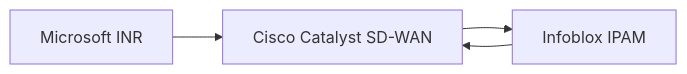
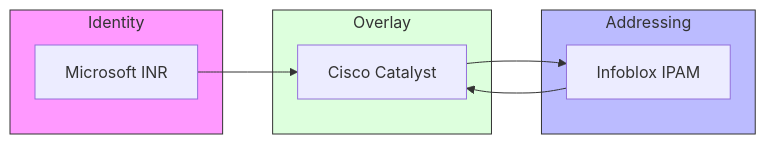
One commit to WhalerMike/uiao changed the second of 12 diagrams in diagram-review.md. Above: the diagram before and after it, drawn with Mermaid.

Commit message:
Stress test Diagram 2: add subgraphs and style lines
Refactor the diagram to include subgraphs for Identity, Addressing, and Overlay, enhancing clarity and organization.

````diff
--- a/diagram-review.md
+++ b/diagram-review.md
@@ -22,6 +22,18 @@
 ```mermaid
 graph LR
-    INR[Microsoft INR] --> CAT[Cisco Catalyst SD-WAN]
-    IB[Infoblox IPAM] --> CAT
+    subgraph Identity
+        INR[Microsoft INR]
+    end
+    subgraph Addressing
+        IB[Infoblox IPAM]
+    end
+    subgraph Overlay
+        CAT[Cisco Catalyst]
+    end
+    INR --> CAT
+    IB --> CAT
     CAT --> IB
+    style Identity fill:#f9f,stroke:#333
+    style Addressing fill:#bbf,stroke:#333
+    style Overlay fill:#dfd,stroke:#333
 ```
````
